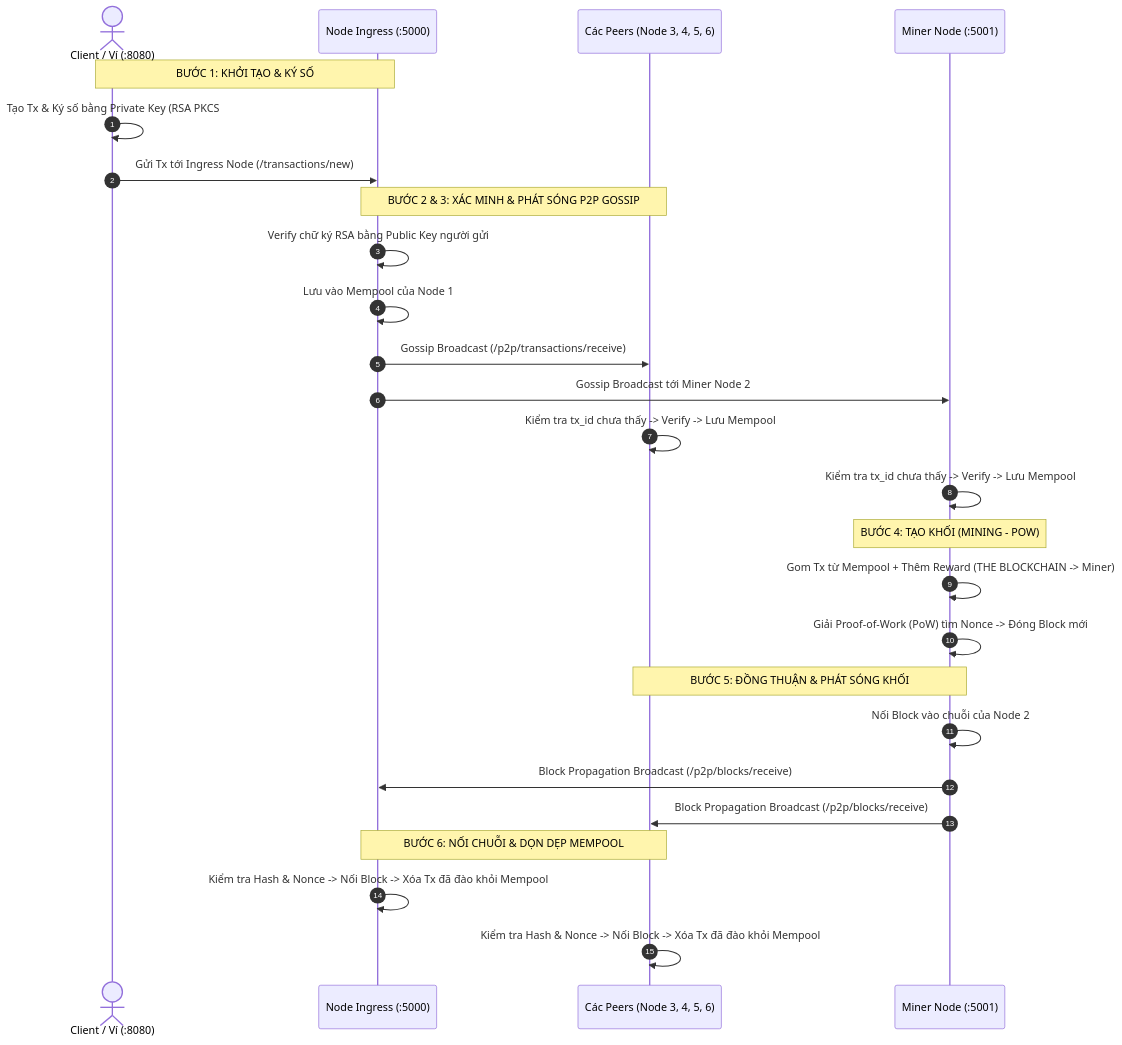
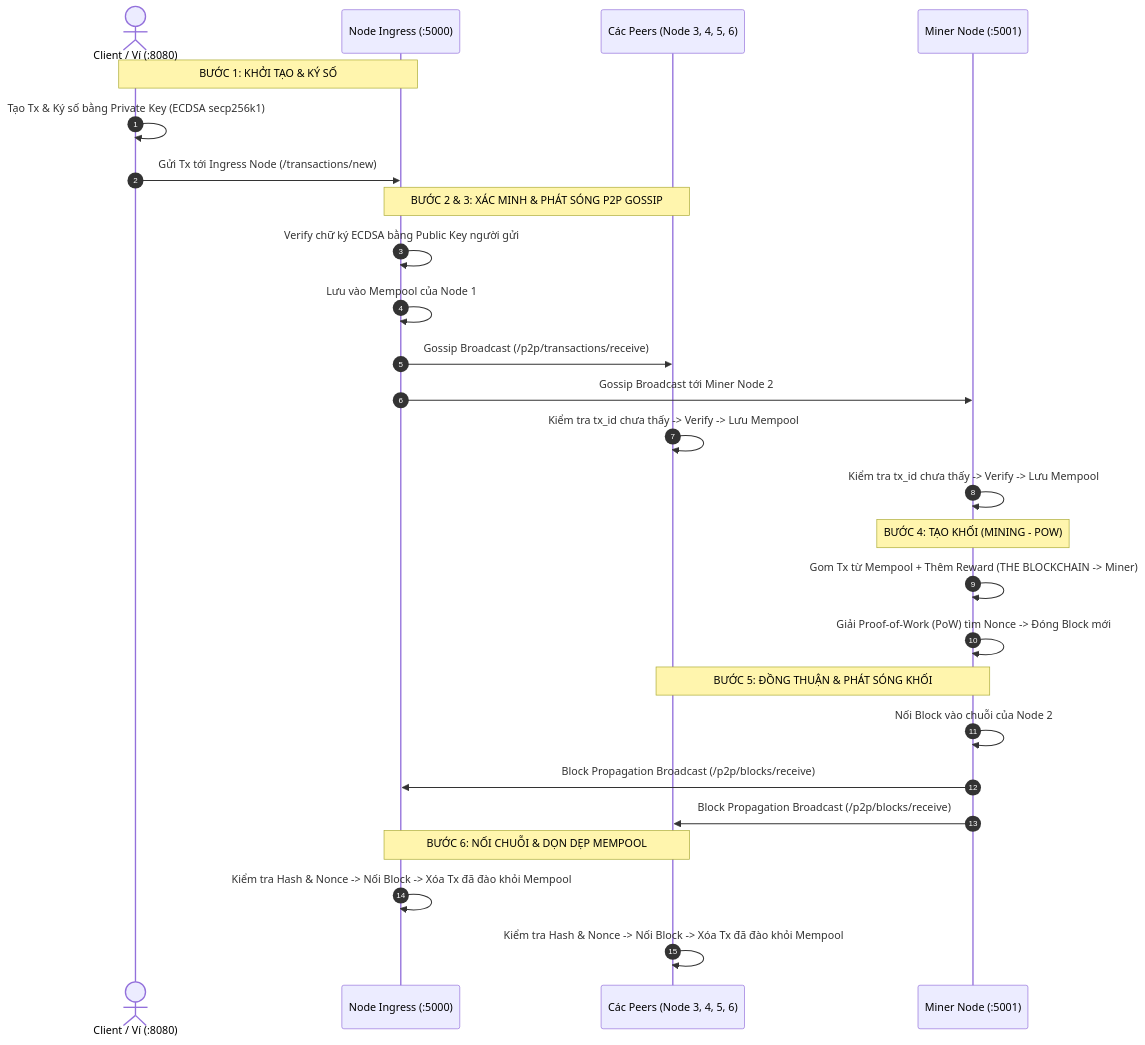
The diagram in README.md (Jakiduy1410/Blockchain-CSATT), drawn with Mermaid before and after one commit. The commit also changed other lines of this file, not shown here.

Commit message:
Upload Blockchain CSATT ECDSA full implementation

````diff
--- a/README.md
+++ b/README.md
@@ -55,33 +55,33 @@
 ```mermaid
 sequenceDiagram
     autonumber
     actor Client as Client / Ví (:8080)
     participant N1 as Node Ingress (:5000)
     participant Peers as Các Peers (Node 3, 4, 5, 6)
     participant N2 as Miner Node (:5001)
 
     Note over Client, N1: BƯỚC 1: KHỞI TẠO & KÝ SỐ
-    Client->>Client: Tạo Tx & Ký số bằng Private Key (RSA PKCS#1 v1.5)
+    Client->>Client: Tạo Tx & Ký số bằng Private Key (ECDSA secp256k1)
     Client->>N1: Gửi Tx tới Ingress Node (/transactions/new)
 
     Note over N1, Peers: BƯỚC 2 & 3: XÁC MINH & PHÁT SÓNG P2P GOSSIP
-    N1->>N1: Verify chữ ký RSA bằng Public Key người gửi
+    N1->>N1: Verify chữ ký ECDSA bằng Public Key người gửi
     N1->>N1: Lưu vào Mempool của Node 1
     N1->>Peers: Gossip Broadcast (/p2p/transactions/receive)
     N1->>N2: Gossip Broadcast tới Miner Node 2
     Peers->>Peers: Kiểm tra tx_id chưa thấy -> Verify -> Lưu Mempool
     N2->>N2: Kiểm tra tx_id chưa thấy -> Verify -> Lưu Mempool
 
     Note over N2: BƯỚC 4: TẠO KHỐI (MINING - POW)
     N2->>N2: Gom Tx từ Mempool + Thêm Reward (THE BLOCKCHAIN -> Miner)
     N2->>N2: Giải Proof-of-Work (PoW) tìm Nonce -> Đóng Block mới
 
     Note over N2, Peers: BƯỚC 5: ĐỒNG THUẬN & PHÁT SÓNG KHỐI
     N2->>N2: Nối Block vào chuỗi của Node 2
     N2->>N1: Block Propagation Broadcast (/p2p/blocks/receive)
     N2->>Peers: Block Propagation Broadcast (/p2p/blocks/receive)
 
     Note over N1, Peers: BƯỚC 6: NỐI CHUỖI & DỌN DẸP MEMPOOL
     N1->>N1: Kiểm tra Hash & Nonce -> Nối Block -> Xóa Tx đã đào khỏi Mempool
     Peers->>Peers: Kiểm tra Hash & Nonce -> Nối Block -> Xóa Tx đã đào khỏi Mempool
 ```
````
